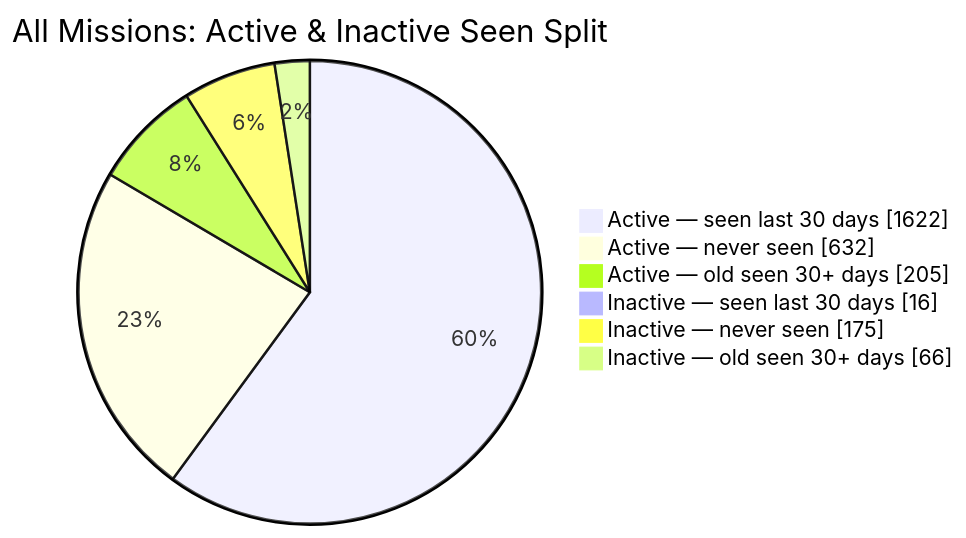
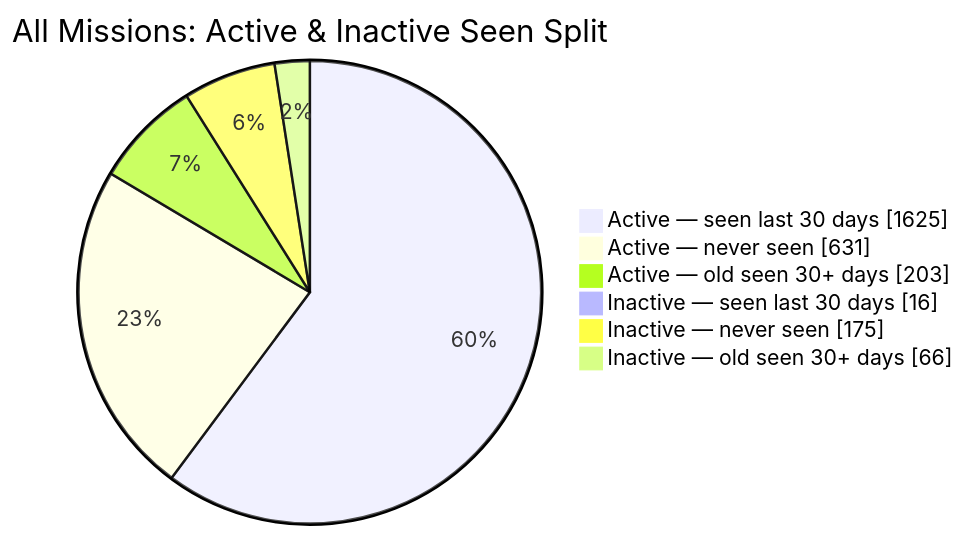
The second of 2 diagrams in README.md (MeldkamerspelGameTeam/active-missions), drawn with Mermaid before and after one commit. The commit also changed other lines of this file and 3 other files, not shown here.

````diff
--- a/README.md
+++ b/README.md
@@ -44,10 +44,10 @@
 ```mermaid
 pie showData
     title All Missions: Active & Inactive Seen Split
-    "Active — seen last 30 days" : 1622
-    "Active — never seen" : 632
-    "Active — old seen 30+ days" : 205
+    "Active — seen last 30 days" : 1625
+    "Active — never seen" : 631
+    "Active — old seen 30+ days" : 203
     "Inactive — seen last 30 days" : 16
     "Inactive — never seen" : 175
     "Inactive — old seen 30+ days" : 66
 ```
````
